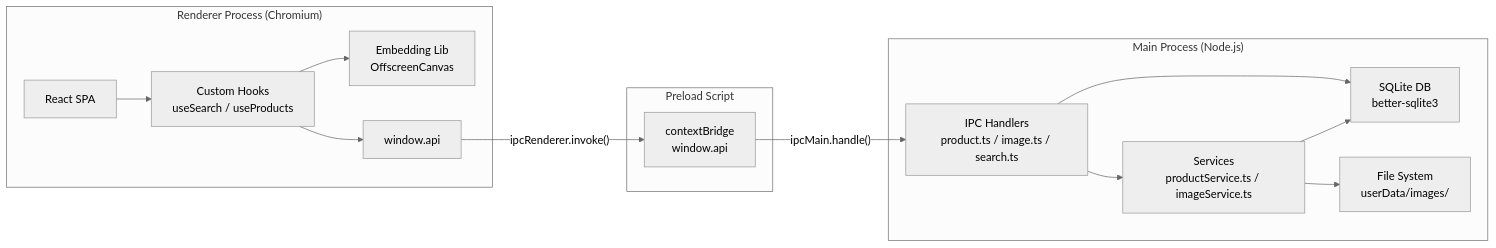
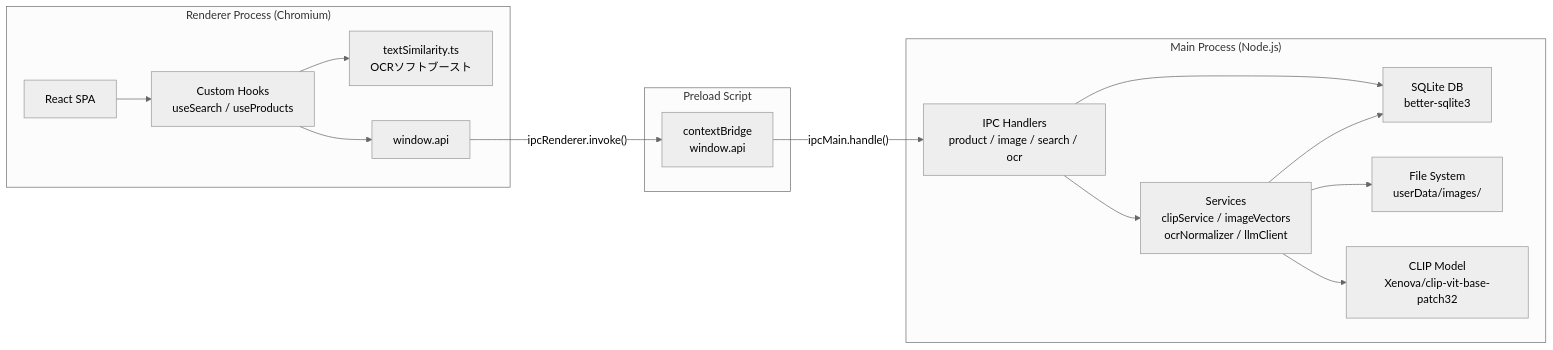
The first of 9 diagrams in ARCHITECTURE.md (oimos/SSImageSearch), drawn with Mermaid (neutral theme) before and after one commit. The commit also changed other lines of this file and 5 other files, not shown here.

First line of the commit message:
docs: ARCHITECTUREドキュメントをハイブリッド検索・テキストブースト仕様に更新

````diff
--- a/ARCHITECTURE.md
+++ b/ARCHITECTURE.md
@@ -143,32 +147,34 @@
 ```mermaid
 graph LR
   subgraph MainProcess ["Main Process (Node.js)"]
-    IPCHandlers["IPC Handlers<br/>product.ts / image.ts / search.ts"]
-    Services["Services<br/>productService.ts / imageService.ts"]
+    IPCHandlers["IPC Handlers<br/>product / image / search / ocr"]
+    Services["Services<br/>clipService / imageVectors<br/>ocrNormalizer / llmClient"]
     DB["SQLite DB<br/>better-sqlite3"]
     FileSystem["File System<br/>userData/images/"]
+    CLIPModel["CLIP Model<br/>Xenova/clip-vit-base-patch32"]
 
     IPCHandlers --> Services
     IPCHandlers --> DB
     Services --> DB
     Services --> FileSystem
+    Services --> CLIPModel
   end
 
   subgraph PreloadScript ["Preload Script"]
     Bridge["contextBridge<br/>window.api"]
   end
 
   subgraph RendererProcess ["Renderer Process (Chromium)"]
     ReactApp["React SPA"]
     Hooks["Custom Hooks<br/>useSearch / useProducts"]
-    EmbeddingLib["Embedding Lib<br/>OffscreenCanvas"]
+    TextSim["textSimilarity.ts<br/>OCRソフトブースト"]
     WindowApi["window.api"]
 
     ReactApp --> Hooks
     Hooks --> WindowApi
-    Hooks --> EmbeddingLib
+    Hooks --> TextSim
   end
 
   WindowApi -->|"ipcRenderer.invoke()"| Bridge
   Bridge -->|"ipcMain.handle()"| IPCHandlers
 ```
````
